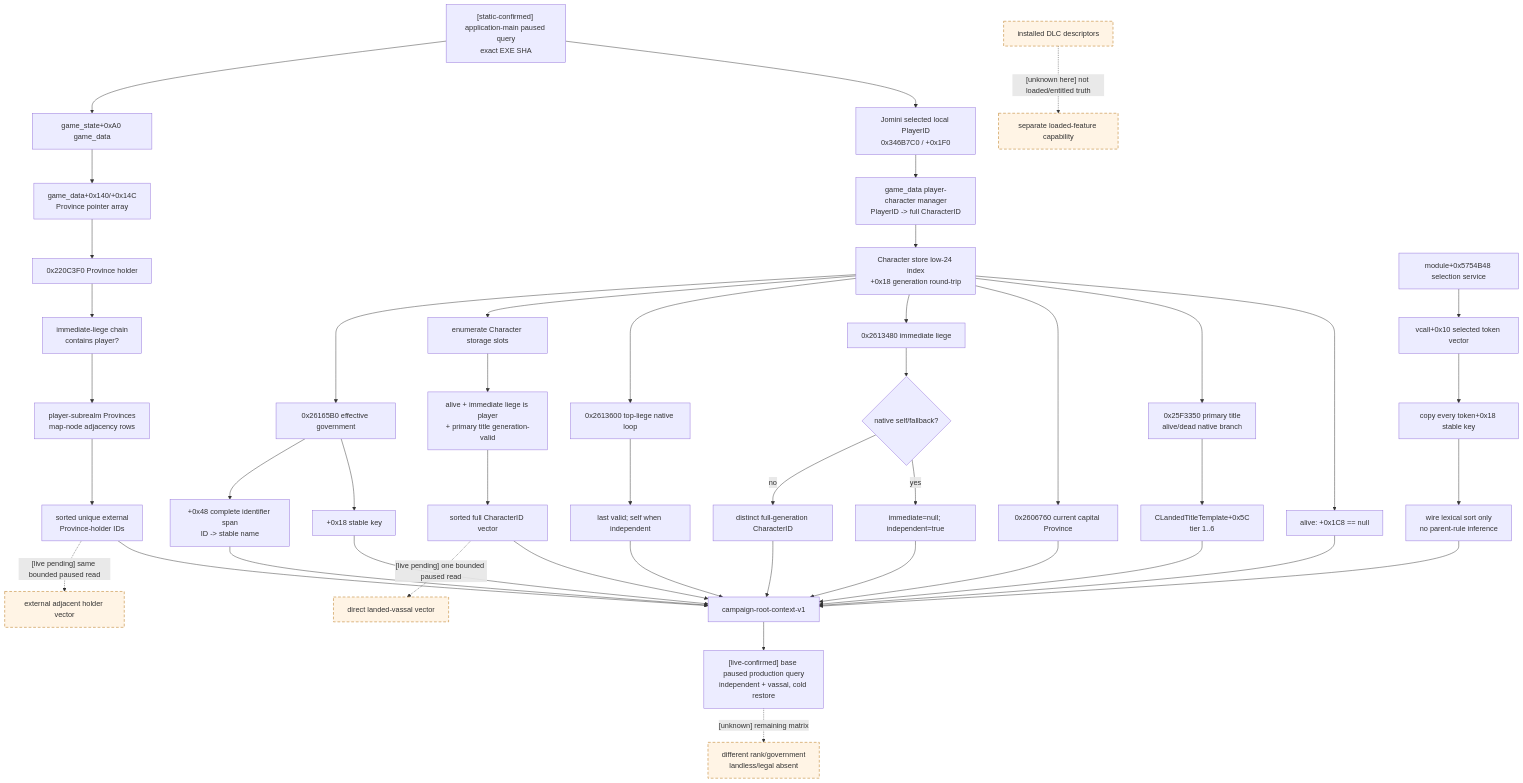
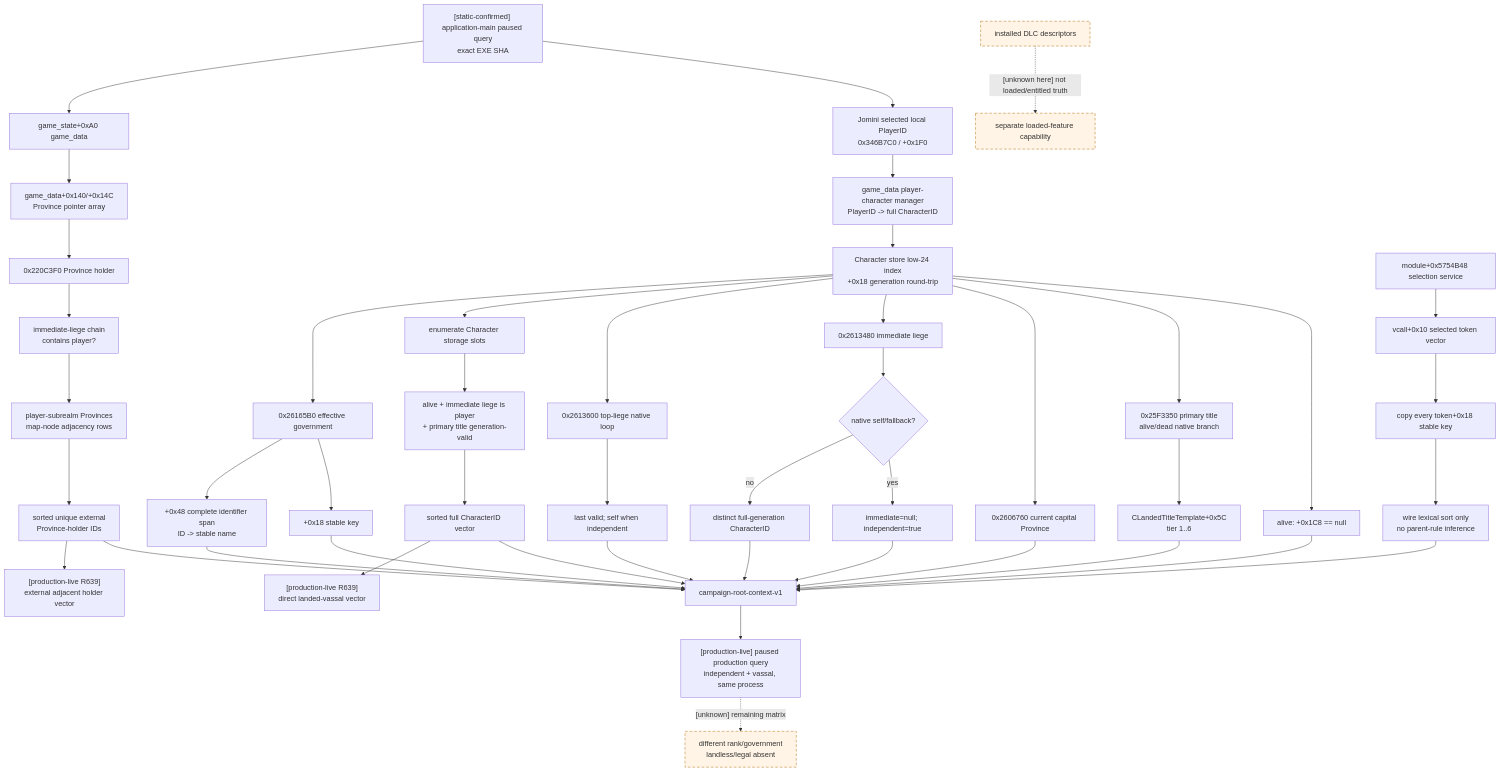
Before and after one commit to XenoAmess/ck3_eternal_recurrence: the diagram in docs/ck3-native-ai/campaign-root-context.md, drawn with Mermaid. The commit also changed other lines of this file and 12 other files, not shown here.

````diff
--- a/docs/ck3-native-ai/campaign-root-context.md
+++ b/docs/ck3-native-ai/campaign-root-context.md
@@ -492,58 +492,58 @@
 ```mermaid
 flowchart TD
     S["[static-confirmed] application-main paused query<br/>exact EXE SHA"] --> J["Jomini selected local PlayerID<br/>0x346B7C0 / +0x1F0"]
     S --> GD["game_state+0xA0 game_data"]
     J --> P["game_data player-character manager<br/>PlayerID -> full CharacterID"]
     P --> C["Character store low-24 index<br/>+0x18 generation round-trip"]
     C --> A["alive: +0x1C8 == null"]
 
     C --> PT["0x25F3350 primary title<br/>alive/dead native branch"]
     PT --> TT["CLandedTitleTemplate+0x5C<br/>tier 1..6"]
     C --> CP["0x2606760 current capital Province"]
 
     C --> IL["0x2613480 immediate liege"]
     IL --> IND{"native self/fallback?"}
     IND -->|yes| IN["immediate=null; independent=true"]
     IND -->|no| IG["distinct full-generation CharacterID"]
     C --> TL["0x2613600 top-liege native loop"]
     TL --> TG["last valid; self when independent"]
 
     C --> VS["enumerate Character storage slots"]
     VS --> VF["alive + immediate liege is player<br/>+ primary title generation-valid"]
     VF --> VL["sorted full CharacterID vector"]
 
     GD --> PA["game_data+0x140/+0x14C<br/>Province pointer array"]
     PA --> PH["0x220C3F0 Province holder"]
     PH --> SUB["immediate-liege chain<br/>contains player?"]
     SUB --> ADJ["player-subrealm Provinces<br/>map-node adjacency rows"]
     ADJ --> EXT["sorted unique external<br/>Province-holder IDs"]
 
     C --> G["0x26165B0 effective government"]
     G --> GK["+0x18 stable key"]
     G --> GF["+0x48 complete identifier span<br/>ID -> stable name"]
 
     R["module+0x5754B48 selection service"] --> RV["vcall+0x10 selected token vector"]
     RV --> RK["copy every token+0x18 stable key"]
     RK --> SORT["wire lexical sort only<br/>no parent-rule inference"]
 
     A --> OUT["campaign-root-context-v1"]
     TT --> OUT
     CP --> OUT
     IN --> OUT
     IG --> OUT
     TG --> OUT
     VL --> OUT
     EXT --> OUT
     GK --> OUT
     GF --> OUT
     SORT --> OUT
 
-    OUT --> LIVE["[live-confirmed] base paused production query<br/>independent + vassal, cold restore"]
-    VL -. "[live pending] one bounded paused read" .-> VLIVE["direct landed-vassal vector"]
-    EXT -. "[live pending] same bounded paused read" .-> ELIVE["external adjacent holder vector"]
+    OUT --> LIVE["[production-live] paused production query<br/>independent + vassal, same process"]
+    VL --> VLIVE["[production-live R639]<br/>direct landed-vassal vector"]
+    EXT --> ELIVE["[production-live R639]<br/>external adjacent holder vector"]
     LIVE -. "[unknown] remaining matrix" .-> MATRIX["different rank/government<br/>landless/legal absent"]
     DLC["installed DLC descriptors"] -. "[unknown here] not loaded/entitled truth" .-> FEAT["separate loaded-feature capability"]
 
     classDef unknown stroke-dasharray: 6 4,fill:#fff4e5,stroke:#b36b00;
-    class MATRIX,DLC,FEAT,VLIVE,ELIVE unknown;
+    class MATRIX,DLC,FEAT unknown;
 ```
````
